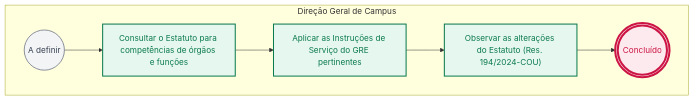
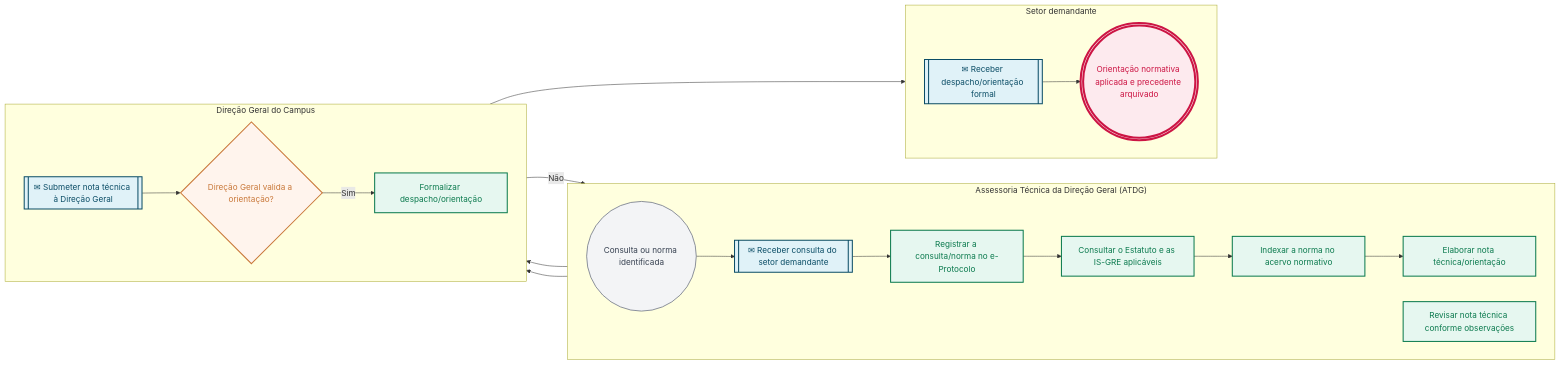
Before and after one commit to jessefers/canvas-vivo-atdg: the second of 2 diagrams in pops/DG/DG-00.md, drawn with Mermaid. The commit also changed other lines of this file and 61 other files, not shown here.

````diff
--- a/pops/DG/DG-00.md
+++ b/pops/DG/DG-00.md
@@ -114,24 +152,47 @@
 ```mermaid
 flowchart LR
-  subgraph R1["Direção Geral de Campus"]
+  subgraph R1["Assessoria Técnica da Direção Geral (ATDG)"]
     direction LR
-    e1(("A definir"))
-    e2["Consultar o Estatuto para competências de órgãos e funções"]
-    e3["Aplicar as Instruções de Serviço do GRE pertinentes"]
-    e4["Observar as alterações do Estatuto (Res. 194/2024-COU)"]
-    e5((("Concluído")))
+    e1(("Consulta ou norma identificada"))
+    e2[["✉ Receber consulta do setor demandante"]]
+    e3["Registrar a consulta/norma no e-Protocolo"]
+    e4["Consultar o Estatuto e as IS-GRE aplicáveis"]
+    e5["Indexar a norma no acervo normativo"]
+    e6["Elaborar nota técnica/orientação"]
+    e9["Revisar nota técnica conforme observações"]
+  end
+  subgraph R2["Direção Geral do Campus"]
+    direction LR
+    e7[["✉ Submeter nota técnica à Direção Geral"]]
+    e8{"Direção Geral valida a orientação?"}
+    e10["Formalizar despacho/orientação"]
+  end
+  subgraph R3["Setor demandante"]
+    direction LR
+    e11[["✉ Receber despacho/orientação formal"]]
+    e12((("Orientação normativa aplicada e precedente arquivado")))
   end
   e1 --> e2
   e2 --> e3
   e3 --> e4
   e4 --> e5
+  e5 --> e6
+  e6 --> e7
+  e7 --> e8
+  e8 -- Não --> e9
+  e9 --> e7
+  e8 -- Sim --> e10
+  e10 --> e11
+  e11 --> e12
   classDef inicio fill:#f3f4f6,stroke:#6b7280,stroke-width:1.5px,color:#374151
   classDef atividade fill:#E6F7F0,stroke:#0B7A4E,stroke-width:2px,color:#0B7A4E
   classDef decisao fill:#FFF4ED,stroke:#C9783A,stroke-width:2px,color:#C9783A
   classDef fim fill:#FDEAEE,stroke:#CC1544,stroke-width:4px,color:#CC1544
   classDef pausa fill:#FDEAEE,stroke:#CC1544,stroke-width:2px,color:#CC1544
   classDef captura fill:#E0F2F8,stroke:#0B4D66,stroke-width:2px,color:#0B4D66
   class e1 inicio
-  class e2,e3,e4 atividade
-  class e5 fim
+  class e2,e7,e11 captura
+  class e3,e4,e5,e6,e9,e10 atividade
+  class e8 decisao
+  class e12 fim
 ```
````
